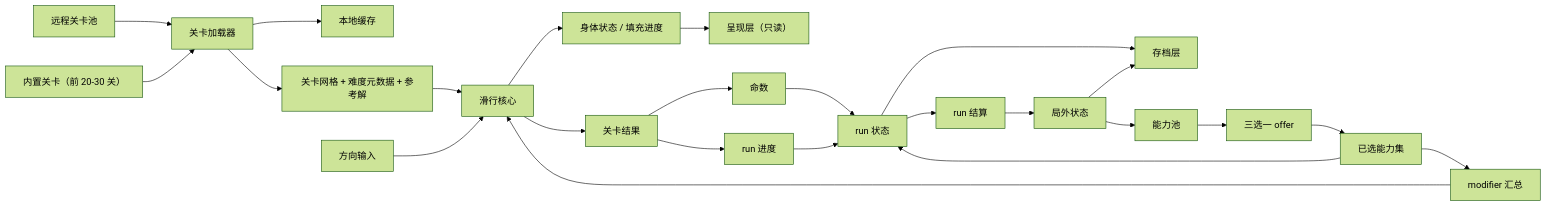
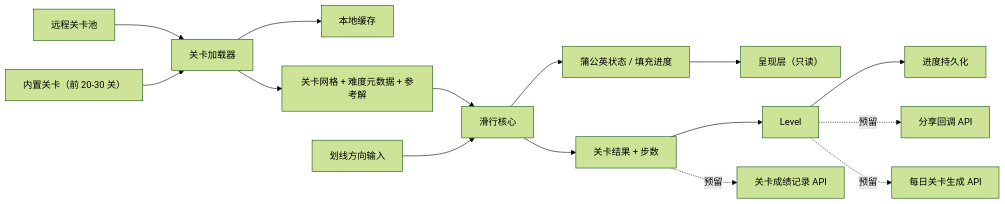
The third of 3 diagrams in #PROJECT/longcat/GDD/02_architecture/design.md (orsonHuang/ai_test), drawn with Mermaid (forest theme) before and after one commit. The commit also changed other lines of this file and 15 other files, not shown here.

````diff
--- a/#PROJECT/longcat/GDD/02_architecture/design.md
+++ b/#PROJECT/longcat/GDD/02_architecture/design.md
@@ -123,30 +92,21 @@
 ```mermaid
 flowchart LR
   Remote["远程关卡池"] --> Loader["关卡加载器"]
   Builtin["内置关卡（前 20-30 关）"] --> Loader
   Loader --> Cache["本地缓存"]
   Loader --> LevelData["关卡网格 + 难度元数据 + 参考解"]
 
   LevelData --> Core["滑行核心"]
-  Pool["能力池"] --> Offer["三选一 offer"]
-  Offer --> Picked["已选能力集"]
-  Picked --> Mod["modifier 汇总"]
-  Mod --> Core
 
-  Slide["方向输入"] --> Core
-  Core --> Body["身体状态 / 填充进度"]
-  Core --> Outcome["关卡结果"]
+  Slide["划线方向输入"] --> Core
+  Core --> Body["蒲公英状态 / 填充进度"]
+  Core --> Outcome["关卡结果 + 步数"]
   Body --> View["呈现层（只读）"]
 
-  Outcome --> Life["命数"]
-  Outcome --> Progress["run 进度"]
-  Life --> RunState["run 状态"]
-  Progress --> RunState
-  Picked --> RunState
+  Outcome --> Level
+  Level --> Persist["进度持久化"]
 
-  RunState --> Persist["存档层"]
-  RunState --> Settlement["run 结算"]
-  Settlement --> MetaState["局外状态"]
-  MetaState --> Persist
-  MetaState --> Pool
+  Outcome -.预留.-> ScoreAPI["关卡成绩记录 API"]
+  Level -.预留.-> ShareAPI["分享回调 API"]
+  Level -.预留.-> DailyAPI["每日关卡生成 API"]
 ```
````
